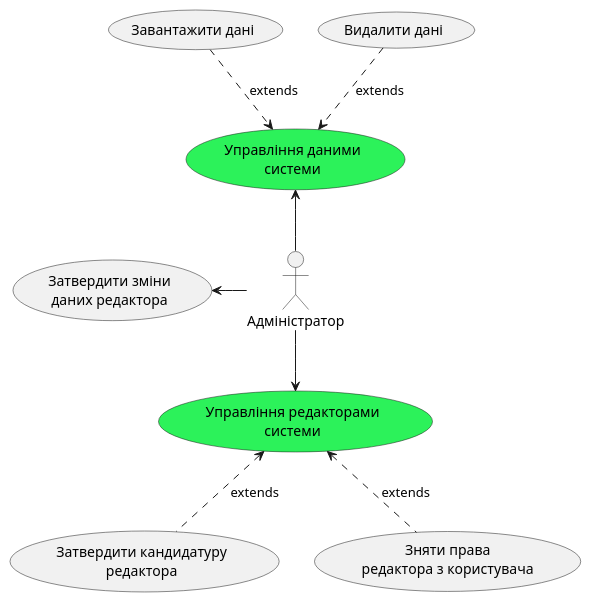
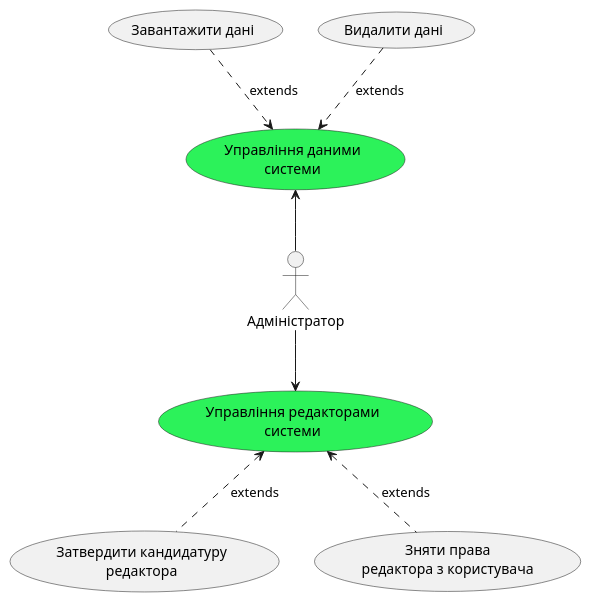
Before and after one commit to boldak/edu-db-cw: the fifth of 15 diagrams in docs/use cases/README.md, drawn with PlantUML. The commit also changed other lines of this file, not shown here.

Commit message:
Виправлені помилки щодо редактора

```diff
--- a/docs/use cases/README.md
+++ b/docs/use cases/README.md
@@ -150,26 +130,24 @@
 @startuml
 
 "Адміністратор" as actor
 
 usecase "Управління даними\nсистеми" as MngData #2cf25a
 usecase "Управління редакторами\nсистеми" as MngEditors #2cf25a
-usecase "Затвердити зміни\nданих редактора" as ApproveChanges
 
 usecase "Завантажити дані" as UploadData
 usecase "Видалити дані" as RemoveData
 
 usecase "Затвердити кандидатуру\nредактора" as GrantEdPermit
 usecase "Зняти права\nредактора з користувача" as RemoveEdPermit
 
 
 actor -u-> MngData
-actor -l-> ApproveChanges
 actor -d-> MngEditors
 
 UploadData .d.> MngData :extends
 RemoveData .d.> MngData :extends
 
 GrantEdPermit .u.> MngEditors :extends
 RemoveEdPermit .u.> MngEditors :extends
 
 @enduml
```
